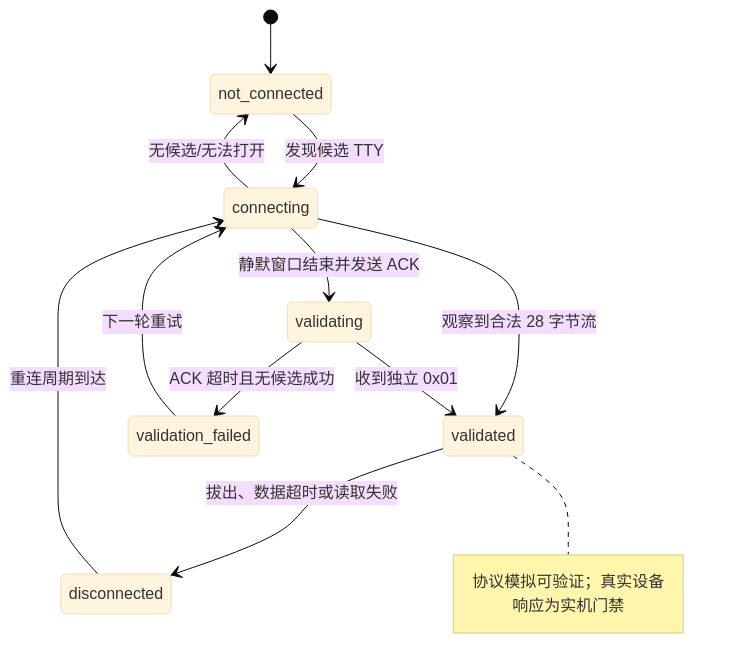
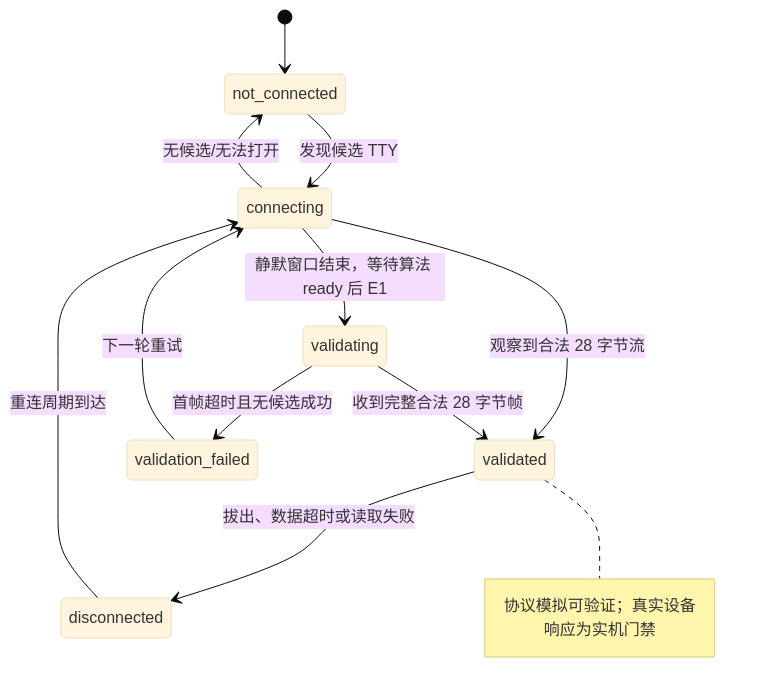
The second of 5 diagrams in doc/tech/NeuroBridge项目结构与多系统接入/需求补齐与验收清单.md (Entertech/NeuroBridge), drawn with Mermaid (base theme) before and after one commit. The commit also changed other lines of this file and 34 other files, not shown here.

````diff
--- a/doc/tech/NeuroBridge项目结构与多系统接入/需求补齐与验收清单.md
+++ b/doc/tech/NeuroBridge项目结构与多系统接入/需求补齐与验收清单.md
@@ -152,14 +152,14 @@
 ```mermaid
 stateDiagram-v2
     [*] --> not_connected
     not_connected --> connecting: 发现候选 TTY
     connecting --> validated: 观察到合法 28 字节流
-    connecting --> validating: 静默窗口结束并发送 ACK
-    validating --> validated: 收到独立 0x01
-    validating --> validation_failed: ACK 超时且无候选成功
+    connecting --> validating: 静默窗口结束，等待算法 ready 后 E1
+    validating --> validated: 收到完整合法 28 字节帧
+    validating --> validation_failed: 首帧超时且无候选成功
     connecting --> not_connected: 无候选/无法打开
     validated --> disconnected: 拔出、数据超时或读取失败
     disconnected --> connecting: 重连周期到达
     validation_failed --> connecting: 下一轮重试
     note right of validated: 协议模拟可验证；真实设备响应为实机门禁
 ```
````
